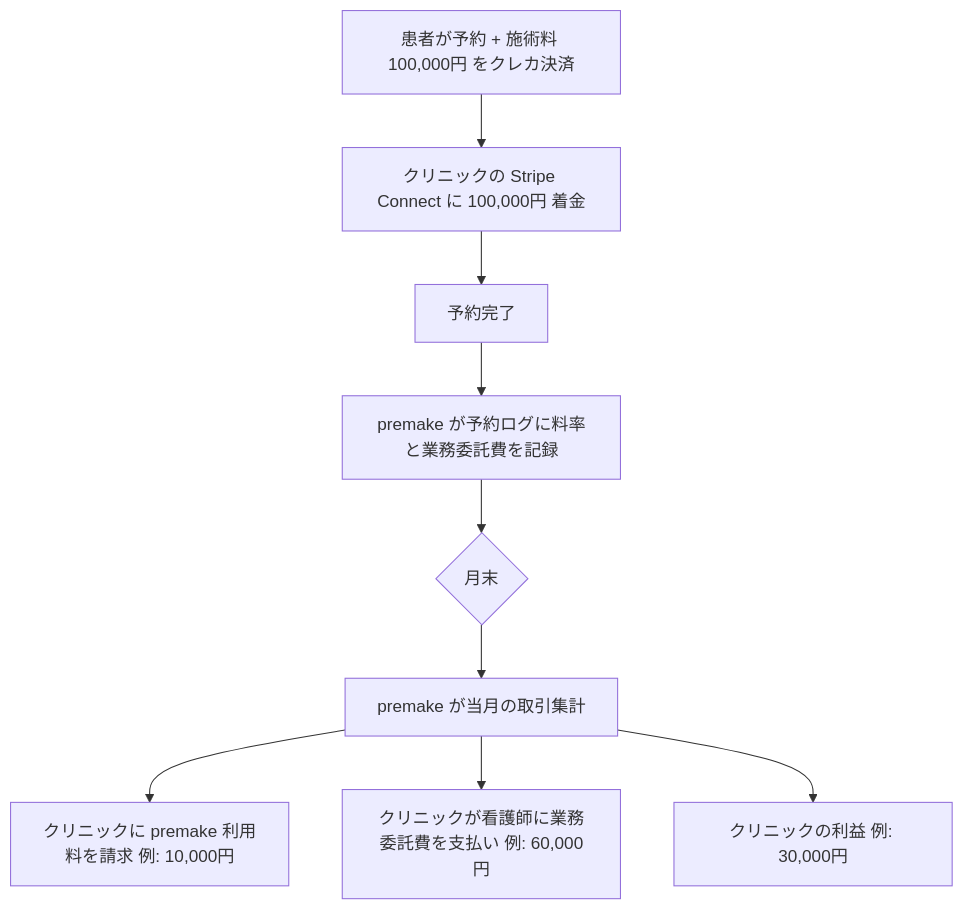
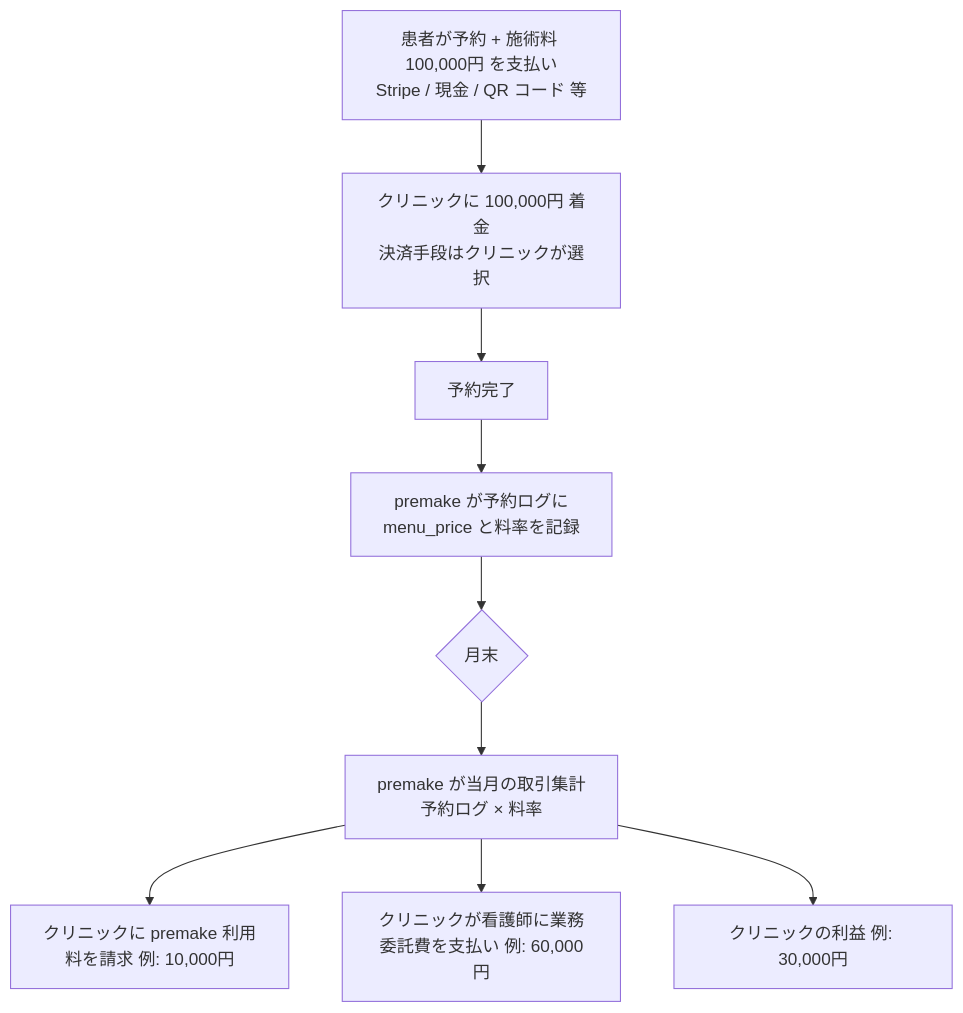
One commit to YU-Kawasaki-05/premake changed the second of 3 diagrams in docs/05_仕様変更検討/04_差分_お金の流れと手数料.md. Above: the diagram before and after it, drawn with Mermaid. The commit also changed other lines of this file and 3 other files, not shown here.

````diff
--- a/docs/05_仕様変更検討/04_差分_お金の流れと手数料.md
+++ b/docs/05_仕様変更検討/04_差分_お金の流れと手数料.md
@@ -46,11 +49,11 @@
 ```mermaid
 flowchart TD
-    A[患者が予約 + 施術料 100,000円 をクレカ決済] --> B[クリニックの Stripe Connect に 100,000円 着金]
+    A[患者が予約 + 施術料 100,000円 を支払い<br/>Stripe / 現金 / QR コード 等] --> B[クリニックに 100,000円 着金<br/>決済手段はクリニックが選択]
     B --> C[予約完了]
-    C --> D[premake が予約ログに料率と業務委託費を記録]
+    C --> D[premake が予約ログに<br/>menu_price と料率を記録]
     D --> E{月末}
-    E --> F[premake が当月の取引集計]
+    E --> F[premake が当月の取引集計<br/>予約ログ × 料率]
     F --> G[クリニックに premake 利用料を請求 例: 10,000円]
     F --> H[クリニックが看護師に業務委託費を支払い 例: 60,000円]
     F --> I[クリニックの利益 例: 30,000円]
 ```
````
